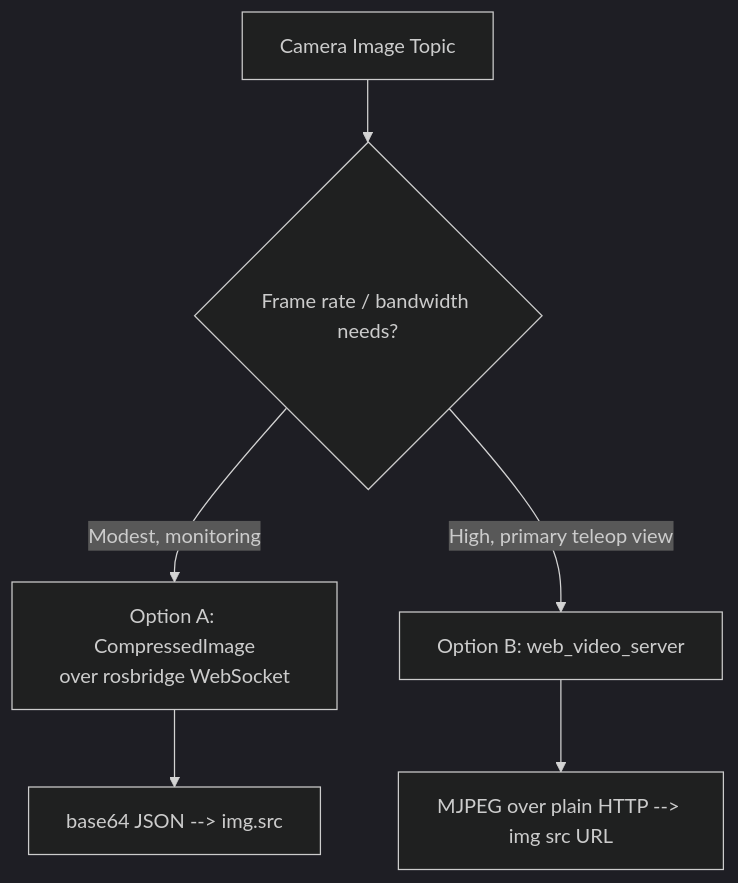
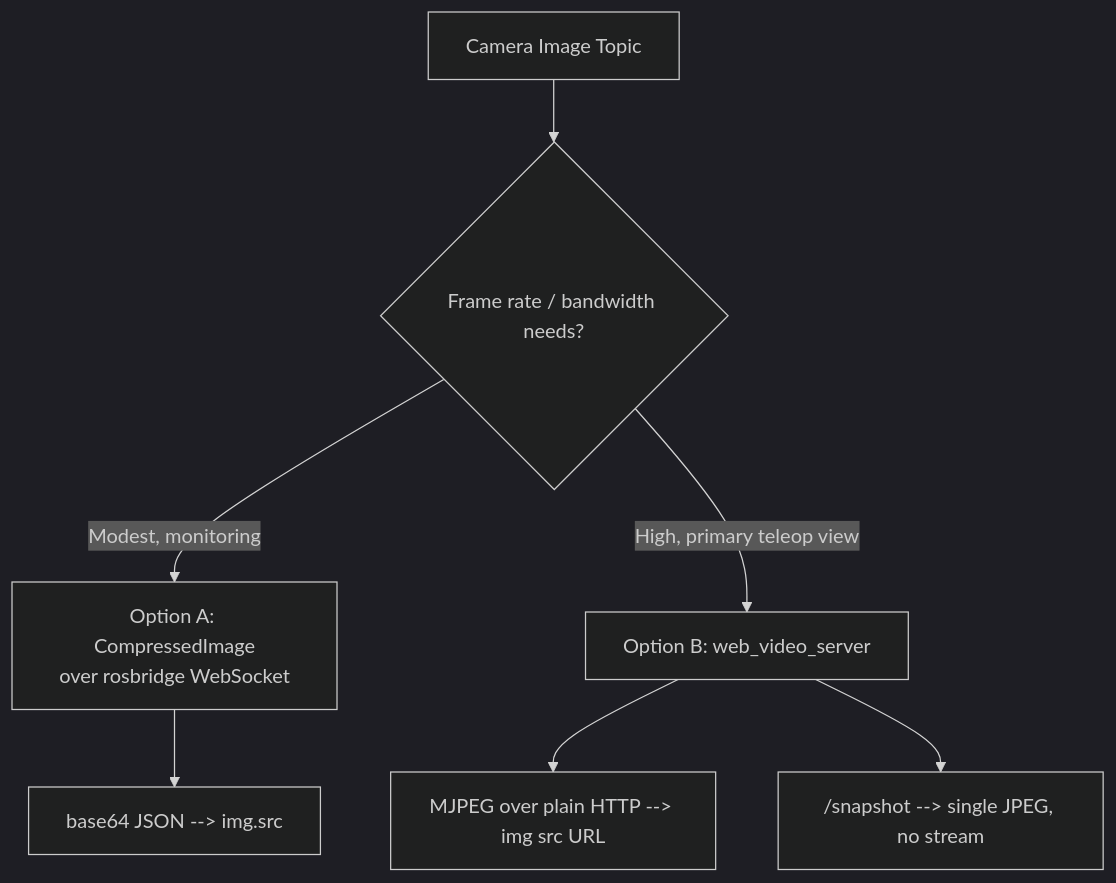
Before and after one commit to jgyy/robotcon: the diagram in 13webdevelopmentforrobot/developing-web-interfaces-for-ros/07-inside-the-robot-showing-camera-on-the-web-page.md, drawn with Mermaid (dark theme). The commit also changed other lines of this file and 27 other files, not shown here.

````diff
--- a/13webdevelopmentforrobot/developing-web-interfaces-for-ros/07-inside-the-robot-showing-camera-on-the-web-page.md
+++ b/13webdevelopmentforrobot/developing-web-interfaces-for-ros/07-inside-the-robot-showing-camera-on-the-web-page.md
@@ -7,8 +7,9 @@
 ```mermaid
 flowchart TD
     Cam[Camera Image Topic] --> Q{Frame rate / bandwidth needs?}
     Q -->|Modest, monitoring| A["Option A: CompressedImage<br/>over rosbridge WebSocket"]
     A --> A1["base64 JSON --> img.src"]
     Q -->|High, primary teleop view| B[Option B: web_video_server]
     B --> B1["MJPEG over plain HTTP --> img src URL"]
+    B --> B2["/snapshot --> single JPEG, no stream"]
 ```
````
